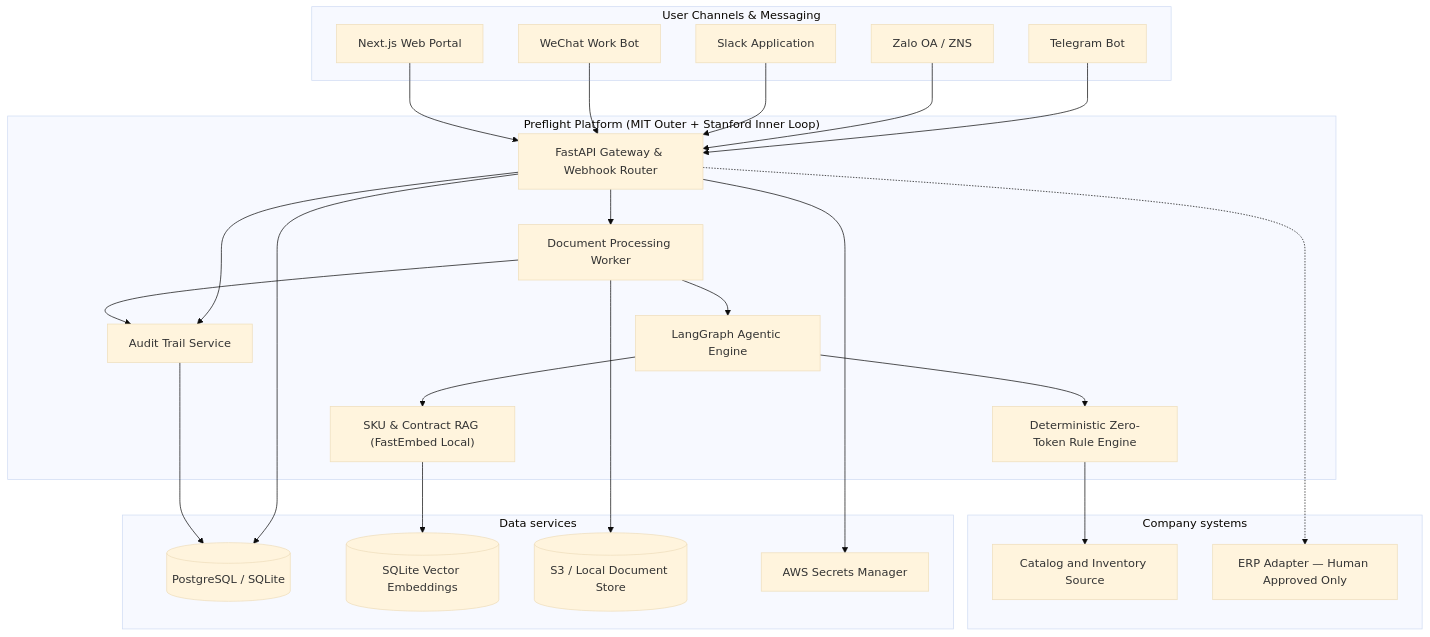
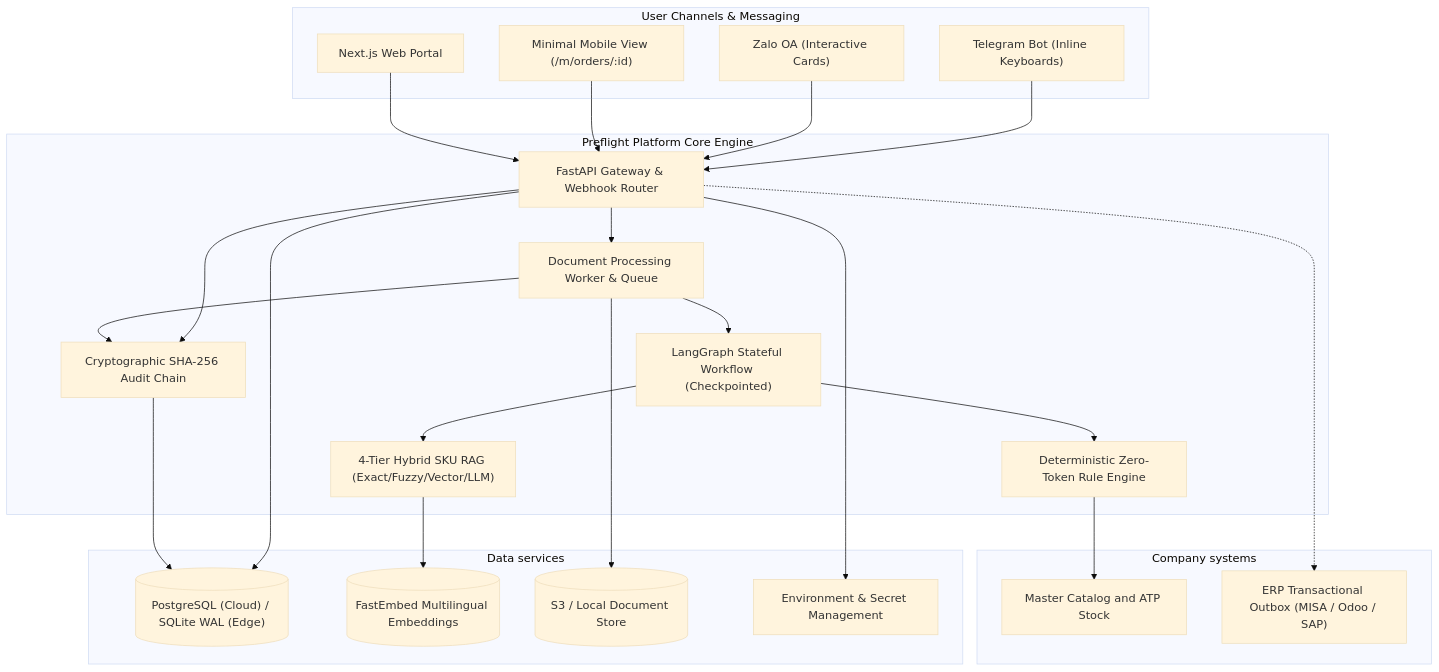
Before and after one commit to brianhuynh2021/po-preflight: the second of 5 diagrams in docs/architecture.md, drawn with Mermaid (base theme). The commit also changed other lines of this file and 8 other files, not shown here.

````diff
--- a/docs/architecture.md
+++ b/docs/architecture.md
@@ -43,50 +43,48 @@
 ```mermaid
 flowchart TB
     subgraph Channels["User Channels & Messaging"]
-        TelegramBot["Telegram Bot"]
-        ZaloOA["Zalo OA / ZNS"]
-        SlackApp["Slack Application"]
-        WeChatBot["WeChat Work Bot"]
+        TelegramBot["Telegram Bot (Inline Keyboards)"]
+        ZaloOA["Zalo OA (Interactive Cards)"]
+        MobileWeb["Minimal Mobile View (/m/orders/:id)"]
         WebApp["Next.js Web Portal"]
     end
 
-    subgraph Platform["Preflight Platform (MIT Outer + Stanford Inner Loop)"]
+    subgraph Platform["Preflight Platform Core Engine"]
         API["FastAPI Gateway & Webhook Router"]
-        Worker["Document Processing Worker"]
-        AgentEngine["LangGraph Agentic Engine"]
-        RAGService["SKU & Contract RAG (FastEmbed Local)"]
+        Worker["Document Processing Worker & Queue"]
+        AgentEngine["LangGraph Stateful Workflow (Checkpointed)"]
+        RAGService["4-Tier Hybrid SKU RAG (Exact/Fuzzy/Vector/LLM)"]
         Rules["Deterministic Zero-Token Rule Engine"]
-        Audit["Audit Trail Service"]
+        Audit["Cryptographic SHA-256 Audit Chain"]
     end
 
     subgraph Data["Data services"]
-        DB[("PostgreSQL / SQLite")]
-        VectorStore[("SQLite Vector Embeddings")]
+        DB[("PostgreSQL (Cloud) / SQLite WAL (Edge)")]
+        VectorStore[("FastEmbed Multilingual Embeddings")]
         Files[("S3 / Local Document Store")]
-        Secrets["AWS Secrets Manager"]
+        Secrets["Environment & Secret Management"]
     end
 
     subgraph External["Company systems"]
-        CatalogAPI["Catalog and Inventory Source"]
-        ERPAPI["ERP Adapter — Human Approved Only"]
+        CatalogAPI["Master Catalog and ATP Stock"]
+        ERPAPI["ERP Transactional Outbox (MISA / Odoo / SAP)"]
     end
 
     TelegramBot --> API
     ZaloOA --> API
-    SlackApp --> API
-    WeChatBot --> API
+    MobileWeb --> API
     WebApp --> API
     API --> Worker
     Worker --> AgentEngine
     AgentEngine --> RAGService
     AgentEngine --> Rules
     RAGService --> VectorStore
     Rules --> CatalogAPI
     API --> Audit
     Worker --> Audit
     API --> DB
     Audit --> DB
     Worker --> Files
     API --> Secrets
     API -.-> ERPAPI
 ```
````
